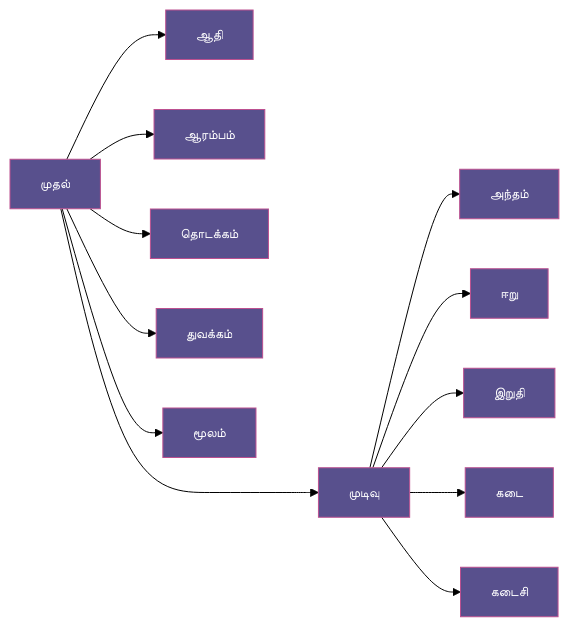
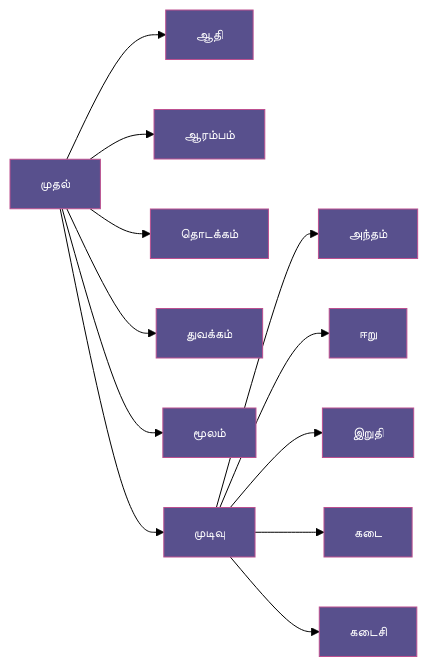
Before and after one commit to karuthan/tamilwordcluster: the diagram in start-last.md, drawn with Mermaid.

````diff
--- a/start-last.md
+++ b/start-last.md
@@ -3,37 +3,37 @@
 ```mermaid 
 %%{init: 
 {
   "theme": "forest",
   "themeVariables": {
     "darkMode": false,
     "nodeBorder" : "#bc5090",
     "mainBkg" : "#58508d",
     "actorBkg" : "#01A6F0",
     "signalColor" : "#F34F1C",
     "textColor" : "#FFFFFF",
     "loopTextColor" : "#C7C7C7",
     "labelTextColor" : "#C7C7C7",
     "labelBoxBorderColor" : "#7FBC00",
     "labelBoxBkgColor" : "#7FBC00",
     "noteBkgColor" : "#FFBA01",
     "noteBorderColor": "#FFBA01",
     "fontFamily": "Verdana",
     "fontSize": "13px"
  }
 }
 }%%
 
 flowchart LR   
-A[முதல்] --> B[ஆதி]
-A--> B1[ஆரம்பம்]
-A--> B2[தொடக்கம்]
-A--> B3[துவக்கம்]
-A--> B4[மூலம் ]
-A ---> EA
-EA[முடிவு] --> EB[அந்தம் ]
-EA--> EB1[ஈறு]
-EA--> EB2[இறுதி]
-EA--> EB3[கடை]
-EA--> EB4[கடைசி]
+
+A["முதல்"]  -->  B["ஆதி"]
+A -->  B1["ஆரம்பம்"]
+A -->  B2["தொடக்கம்"]		
+A -->  B3["துவக்கம்"]
+A -->  B4["மூலம்"]
+A  -->  EA["முடிவு"]  -->  EB["அந்தம்"]
+EA -->  EB1["ஈறு"]
+EA -->  EB2["இறுதி"]
+EA -->  EB3["கடை"]
+EA -->  EB4["கடைசி"]
 
 ```
````
